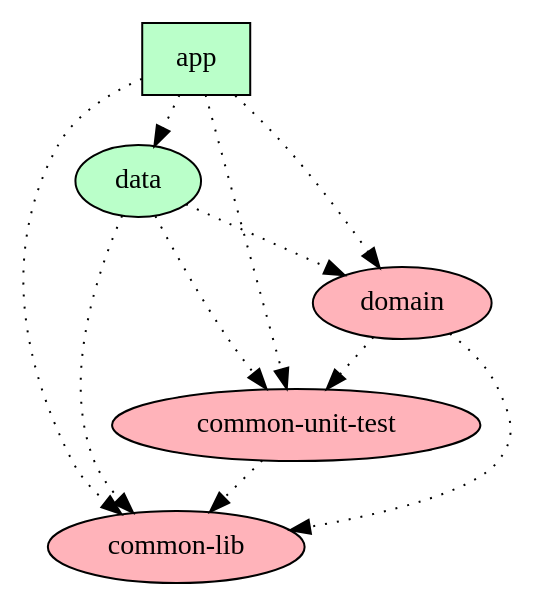
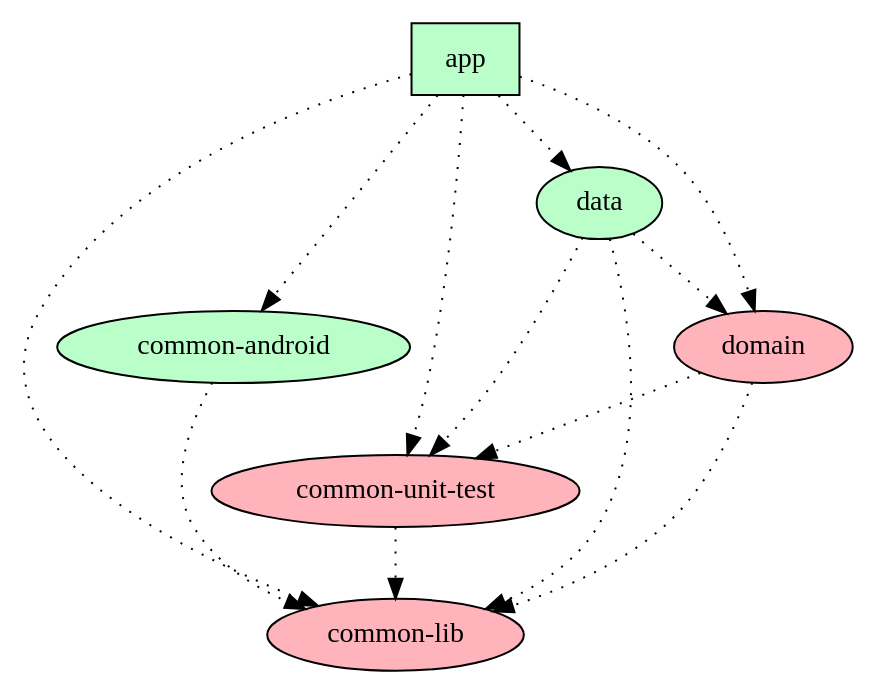
Before and after one commit to huuphuoc1396/AndroidCleanArchitecture: the diagram in dependency-graph/project.dot, drawn with Graphviz. The commit also changed 26 other files, not shown here.

Commit message:
Add common-android module

```diff
--- a/dependency-graph/project.dot
+++ b/dependency-graph/project.dot
@@ -1,28 +1,31 @@
 digraph {
-  graph [labelloc=t,fontsize=30,ranksep=0.35];
+  graph [labelloc=t,fontsize=30,ranksep=0.5];
   node [style=filled, fillcolor="#bbbbbb"];
   rankdir=TB;
 
   # Projects
 
   "app" [shape=box, fillcolor="#baffc9"];
+  "common-android" [fillcolor="#baffc9"];
   "common-lib" [fillcolor="#ffb3ba"];
   "common-unit-test" [fillcolor="#ffb3ba"];
   "data" [fillcolor="#baffc9"];
   "domain" [fillcolor="#ffb3ba"];
 
   {rank = same; "app";}
 
   # Dependencies
 
   "app" -> "data" [style=dotted]
   "app" -> "domain" [style=dotted]
   "app" -> "common-lib" [style=dotted]
+  "app" -> "common-android" [style=dotted]
   "app" -> "common-unit-test" [style=dotted]
   "data" -> "domain" [style=dotted]
   "data" -> "common-lib" [style=dotted]
   "data" -> "common-unit-test" [style=dotted]
   "domain" -> "common-lib" [style=dotted]
   "domain" -> "common-unit-test" [style=dotted]
+  "common-android" -> "common-lib" [style=dotted]
   "common-unit-test" -> "common-lib" [style=dotted]
 }
```
